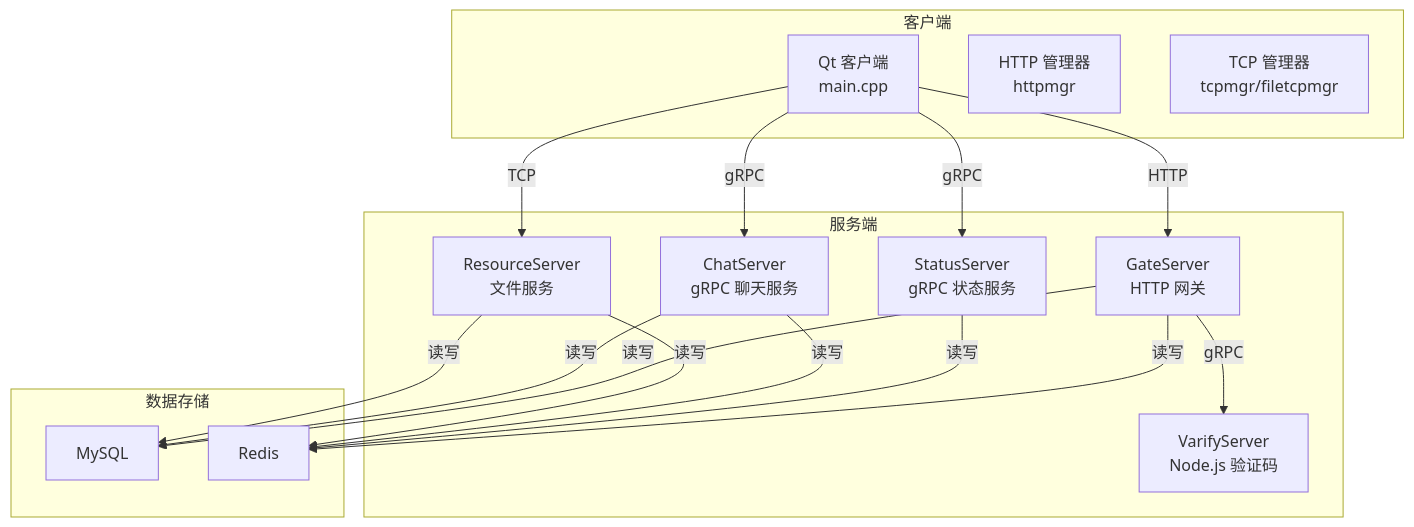
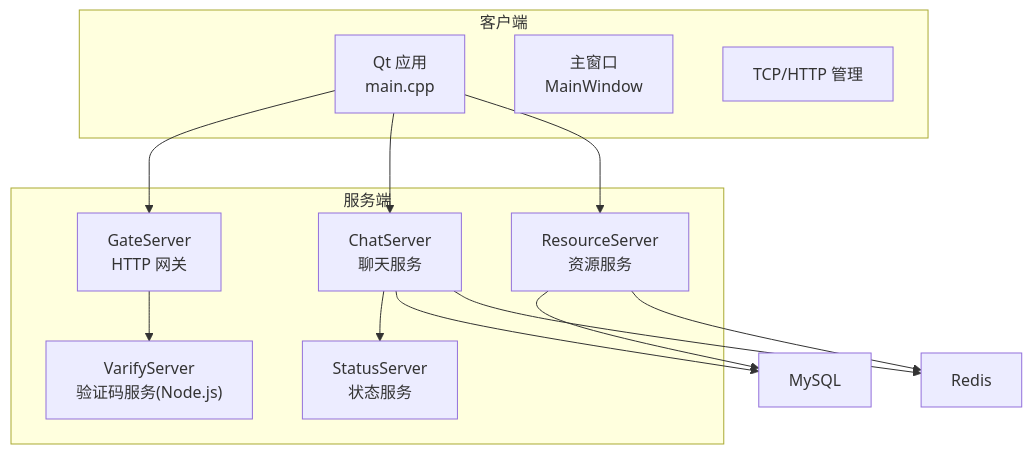
The first of 9 diagrams in .qoder/repowiki/zh/content/项目概述/项目概述.md (echo9923/mychatter), drawn with Mermaid before and after one commit. The commit also changed other lines of this file and 526 other files, not shown here.

````diff
--- a/.qoder/repowiki/zh/content/项目概述/项目概述.md
+++ b/.qoder/repowiki/zh/content/项目概述/项目概述.md
@@ -53,31 +46,26 @@
 ```mermaid
 graph TB
 subgraph "客户端"
-QApp["Qt 客户端<br/>main.cpp"]
-HTTP["HTTP 管理器<br/>httpmgr"]
-TCP["TCP 管理器<br/>tcpmgr/filetcpmgr"]
+QApp["Qt 应用<br/>main.cpp"]
+UI["主窗口<br/>MainWindow"]
+Net["TCP/HTTP 管理"]
 end
 subgraph "服务端"
 Gate["GateServer<br/>HTTP 网关"]
-Status["StatusServer<br/>gRPC 状态服务"]
-Chat["ChatServer<br/>gRPC 聊天服务"]
-Res["ResourceServer<br/>文件服务"]
-Verify["VarifyServer<br/>Node.js 验证码"]
+Chat["ChatServer<br/>聊天服务"]
+Status["StatusServer<br/>状态服务"]
+Res["ResourceServer<br/>资源服务"]
+Verify["VarifyServer<br/>验证码服务(Node.js)"]
 end
-subgraph "数据存储"
-MySQL["MySQL"]
-Redis["Redis"]
-end
-QApp --> |HTTP| Gate
-QApp --> |gRPC| Status
-QApp --> |gRPC| Chat
-QApp --> |TCP| Res
-Gate --> |gRPC| Verify
-Gate --> |读写| Redis
-Gate --> |读写| MySQL
-Status --> |读写| Redis
-Chat --> |读写| Redis
-Chat --> |读写| MySQL
-Res --> |读写| Redis
-Res --> |读写| MySQL
+DB["MySQL"]
+Cache["Redis"]
+QApp --> Gate
+QApp --> Chat
+QApp --> Res
+Gate --> Verify
+Chat --> Status
+Chat --> DB
+Chat --> Cache
+Res --> DB
+Res --> Cache
 ```
````
